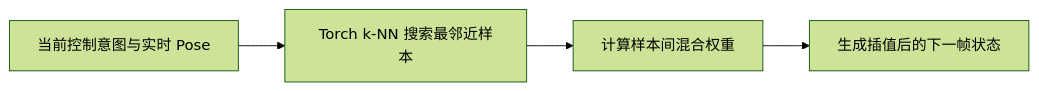
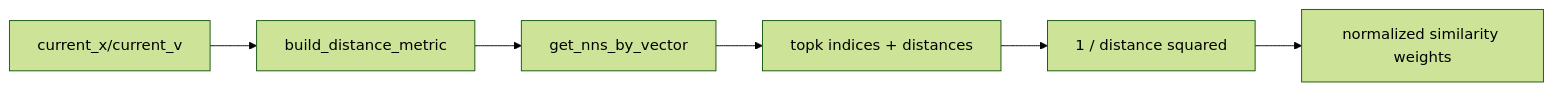
One commit to EvihGraphics/AnimationTech-HTC changed the sixth of 10 diagrams in docs/blog/AnimationPapers/motion_fields_for_interactive_character_animation/README.md. Above: the diagram before and after it, drawn with Mermaid (forest theme). The commit also changed other lines of this file and 6 other files, not shown here.

````diff
--- a/docs/blog/AnimationPapers/motion_fields_for_interactive_character_animation/README.md
+++ b/docs/blog/AnimationPapers/motion_fields_for_interactive_character_animation/README.md
@@ -129,6 +149,8 @@
 ```mermaid
 flowchart LR
-    A[当前控制意图与实时 Pose] --> B[Torch k-NN 搜索最邻近样本]
-    B --> C[计算样本间混合权重]
-    C --> D[生成插值后的下一帧状态]
+    A[current_x/current_v] --> B[build_distance_metric]
+    B --> C[get_nns_by_vector]
+    C --> D[topk indices + distances]
+    D --> E[1 / distance squared]
+    E --> F[normalized similarity weights]
 ```
````
